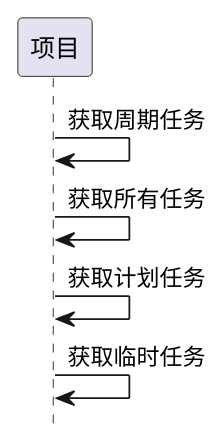
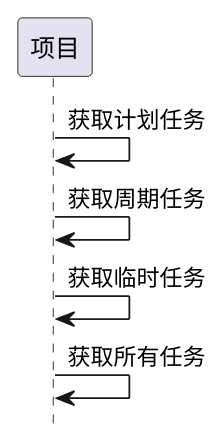
Before and after one commit to zj335841911/nt_chandao: the fourth of 17 diagrams in ibizpms-docs/src/main/doc/v1/module/zentao/Project_old.md, drawn with PlantUML. The commit also changed other lines of this file and 2125 other files, not shown here.

```diff
--- a/ibizpms-docs/src/main/doc/v1/module/zentao/Project_old.md
+++ b/ibizpms-docs/src/main/doc/v1/module/zentao/Project_old.md
@@ -310,8 +310,8 @@
 {% plantuml %}
 hide footbox
 
+项目 -> 项目: 获取计划任务
 项目 -> 项目: 获取周期任务
+项目 -> 项目: 获取临时任务
 项目 -> 项目: 获取所有任务
-项目 -> 项目: 获取计划任务
-项目 -> 项目: 获取临时任务
 {% endplantuml %}
```
